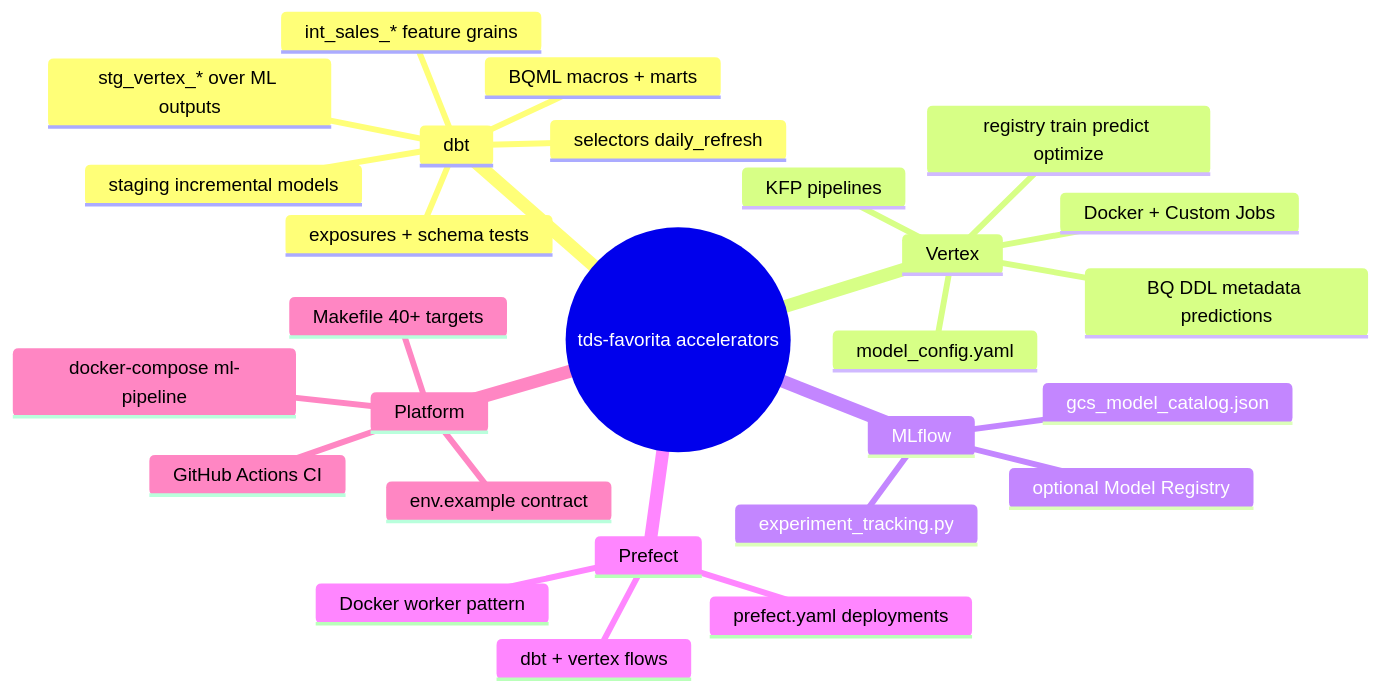
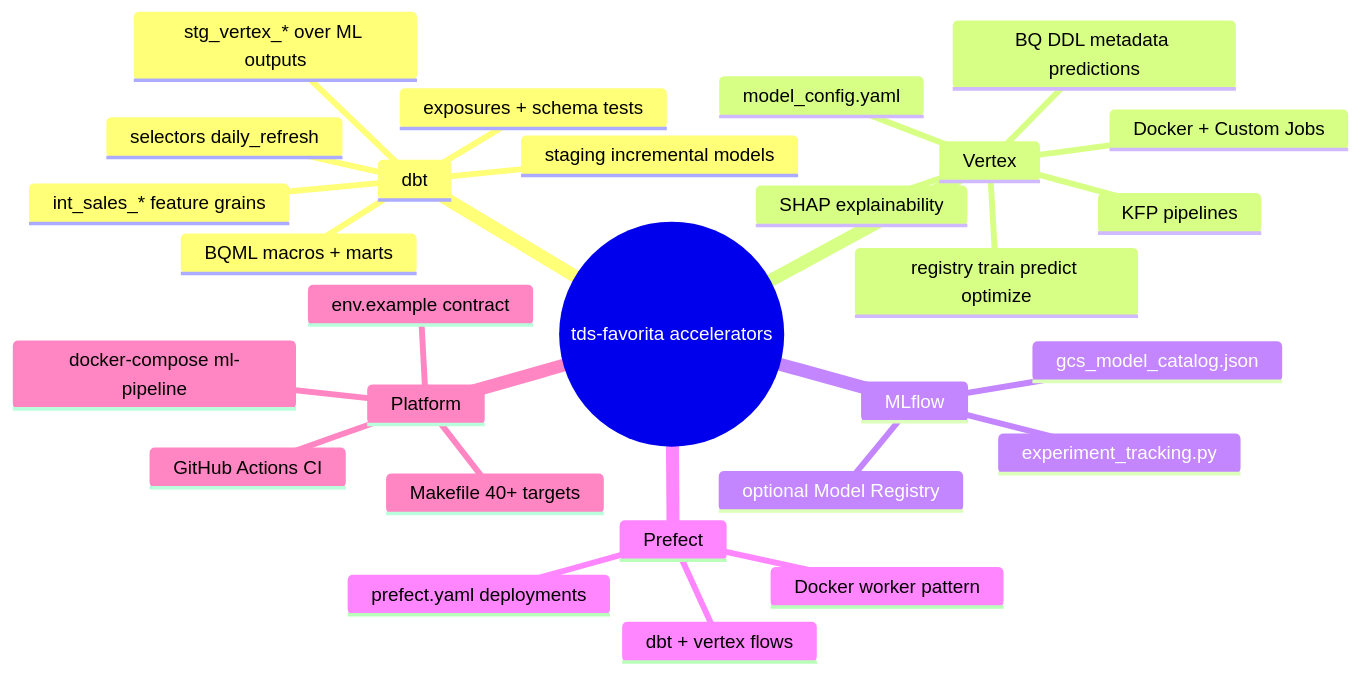
The diagram in docs/accelerators.md (the-datastrategist/tds-dbt-favorita), drawn with Mermaid before and after one commit. The commit also changed other lines of this file and 3 other files, not shown here.

First line of the commit message:
docs: document SHAP explainability across consulting package materials

````diff
--- a/docs/accelerators.md
+++ b/docs/accelerators.md
@@ -11,30 +11,31 @@
 ```mermaid
 mindmap
   root((tds-favorita accelerators))
     dbt
       staging incremental models
       int_sales_* feature grains
       BQML macros + marts
       stg_vertex_* over ML outputs
       exposures + schema tests
       selectors daily_refresh
     Vertex
       model_config.yaml
       registry train predict optimize
+      SHAP explainability
       KFP pipelines
       BQ DDL metadata predictions
       Docker + Custom Jobs
     MLflow
       experiment_tracking.py
       gcs_model_catalog.json
       optional Model Registry
     Prefect
       prefect.yaml deployments
       dbt + vertex flows
       Docker worker pattern
     Platform
       Makefile 40+ targets
       docker-compose ml-pipeline
       GitHub Actions CI
       env.example contract
 ```
````
